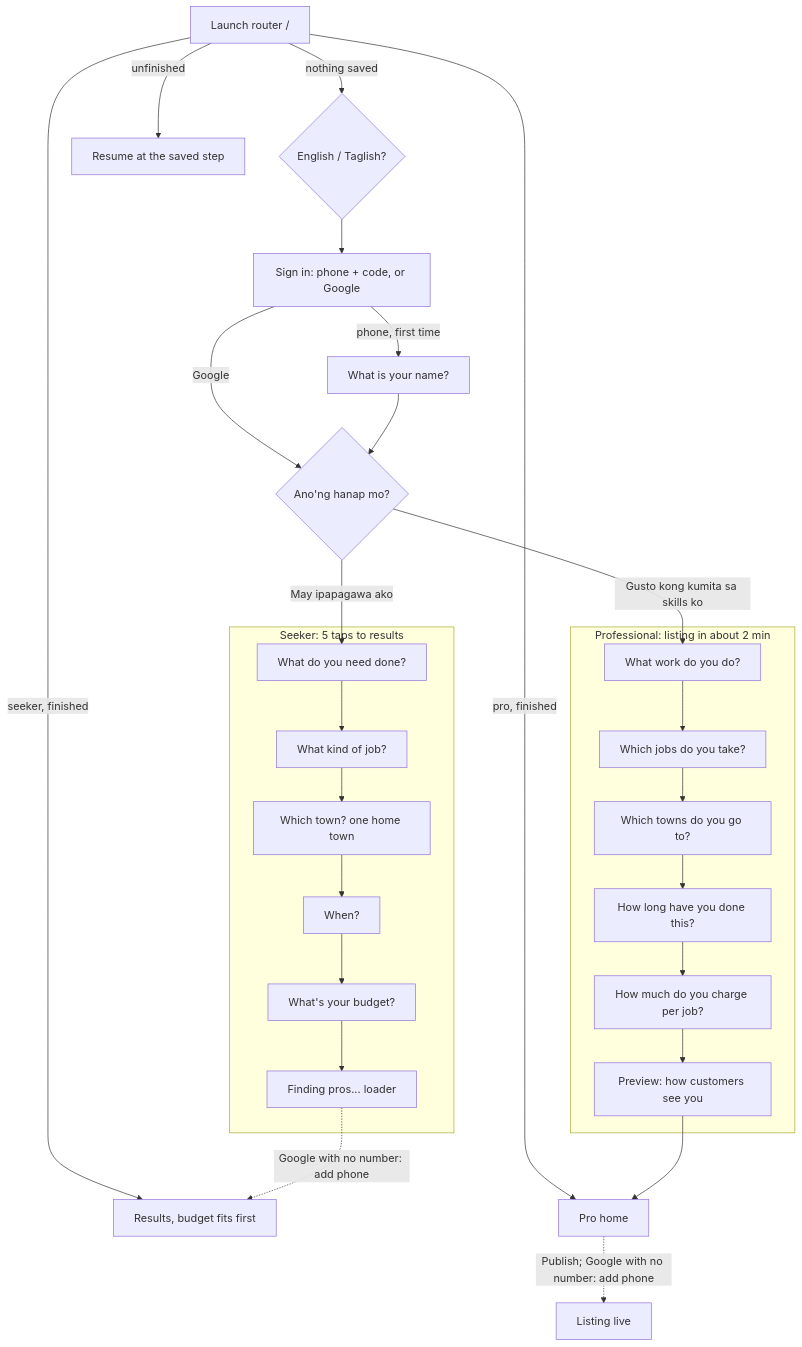
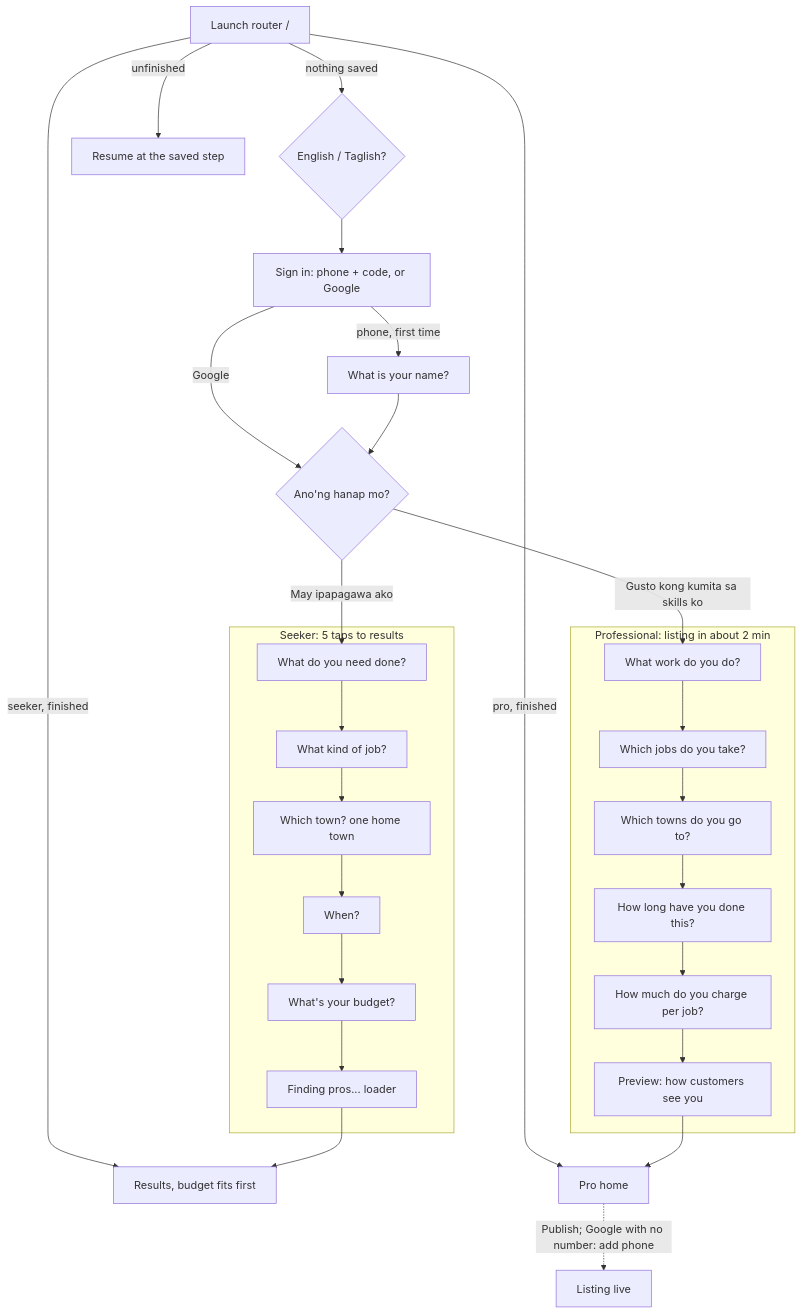
The diagram in docs/onboarding.md (gscph/SideGigPhilippines), drawn with Mermaid before and after one commit. The commit also changed other lines of this file and 7 other files, not shown here.

````diff
--- a/docs/onboarding.md
+++ b/docs/onboarding.md
@@ -21,34 +21,34 @@
 ```mermaid
 flowchart TD
     L[Launch router /] -->|nothing saved| LANG{"English / Taglish?"}
     L -->|unfinished| RES[Resume at the saved step]
     L -->|seeker, finished| R
     L -->|pro, finished| PH
 
     LANG --> AUTH[Sign in: phone + code, or Google]
     AUTH -->|phone, first time| NAME[What is your name?]
     AUTH -->|Google| F
     NAME --> F{"Ano'ng hanap mo?"}
     F -->|May ipapagawa ako| S1
     F -->|Gusto kong kumita sa skills ko| P1
 
     subgraph Seeker["Seeker: 5 taps to results"]
       S1[What do you need done?] --> S2[What kind of job?]
       S2 --> S3[Which town? one home town]
       S3 --> S4[When?]
       S4 --> S5[What's your budget?]
       S5 --> LI[Finding pros... loader]
     end
 
     subgraph Pro["Professional: listing in about 2 min"]
       P1[What work do you do?] --> P2[Which jobs do you take?]
       P2 --> P3[Which towns do you go to?]
       P3 --> P4[How long have you done this?]
       P4 --> P5[How much do you charge per job?]
       P5 --> PV[Preview: how customers see you]
     end
 
-    LI -.->|Google with no number: add phone| R[Results, budget fits first]
+    LI --> R[Results, budget fits first]
     PV --> PH[Pro home]
     PH -.->|Publish; Google with no number: add phone| LIVE[Listing live]
 ```
````
